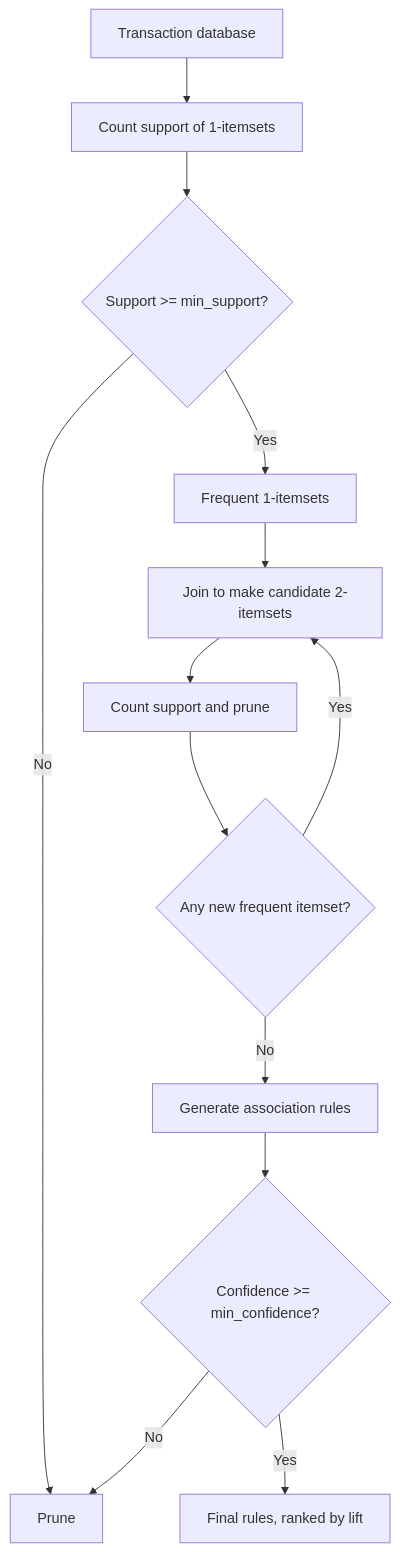
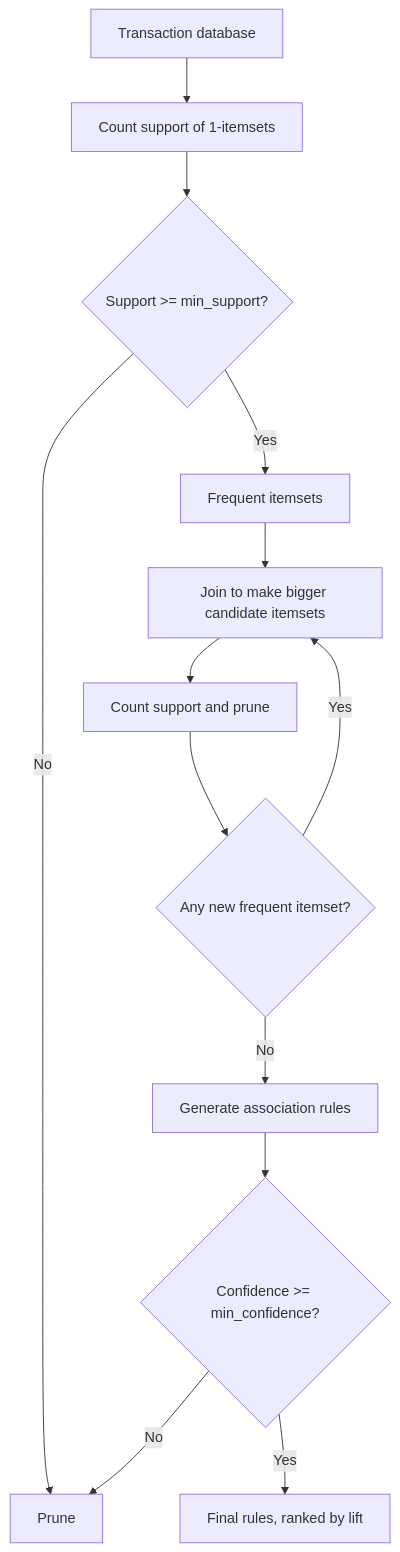
The ninth of 9 diagrams in written-answers/ai-and-ml.md (daihan054/Govt-it-question-bank-last-16-years-compact-it), drawn with Mermaid before and after one commit. The commit also changed other lines of this file and 1 other file, not shown here.

````diff
--- a/written-answers/ai-and-ml.md
+++ b/written-answers/ai-and-ml.md
@@ -964,15 +972,15 @@
    ```mermaid
    flowchart TD
      A[Transaction database] --> B[Count support of 1-itemsets]
      B --> C{Support >= min_support?}
      C -->|No| D[Prune]
-     C -->|Yes| E[Frequent 1-itemsets]
-     E --> F[Join to make candidate 2-itemsets]
+     C -->|Yes| E[Frequent itemsets]
+     E --> F[Join to make bigger candidate itemsets]
      F --> G[Count support and prune]
      G --> H{Any new frequent itemset?}
      H -->|Yes| F
      H -->|No| I[Generate association rules]
      I --> J{Confidence >= min_confidence?}
      J -->|Yes| K[Final rules, ranked by lift]
      J -->|No| D
    ```
````
